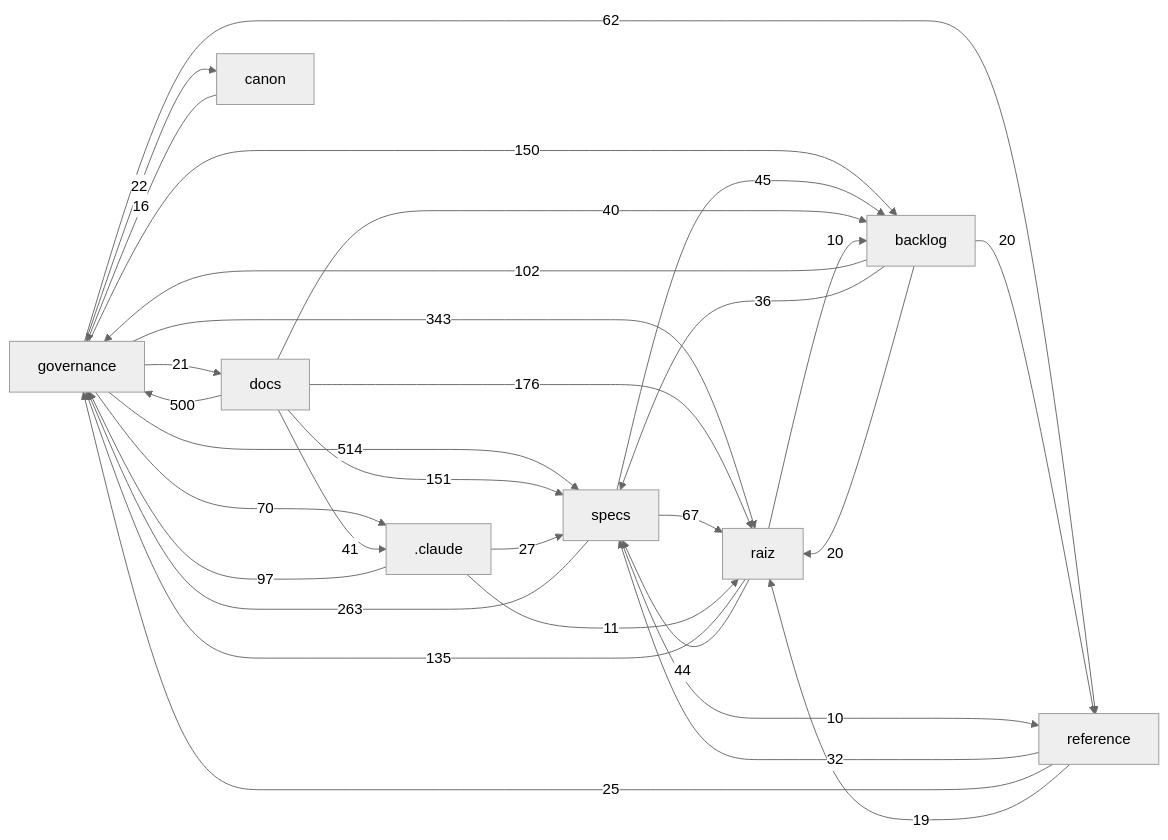
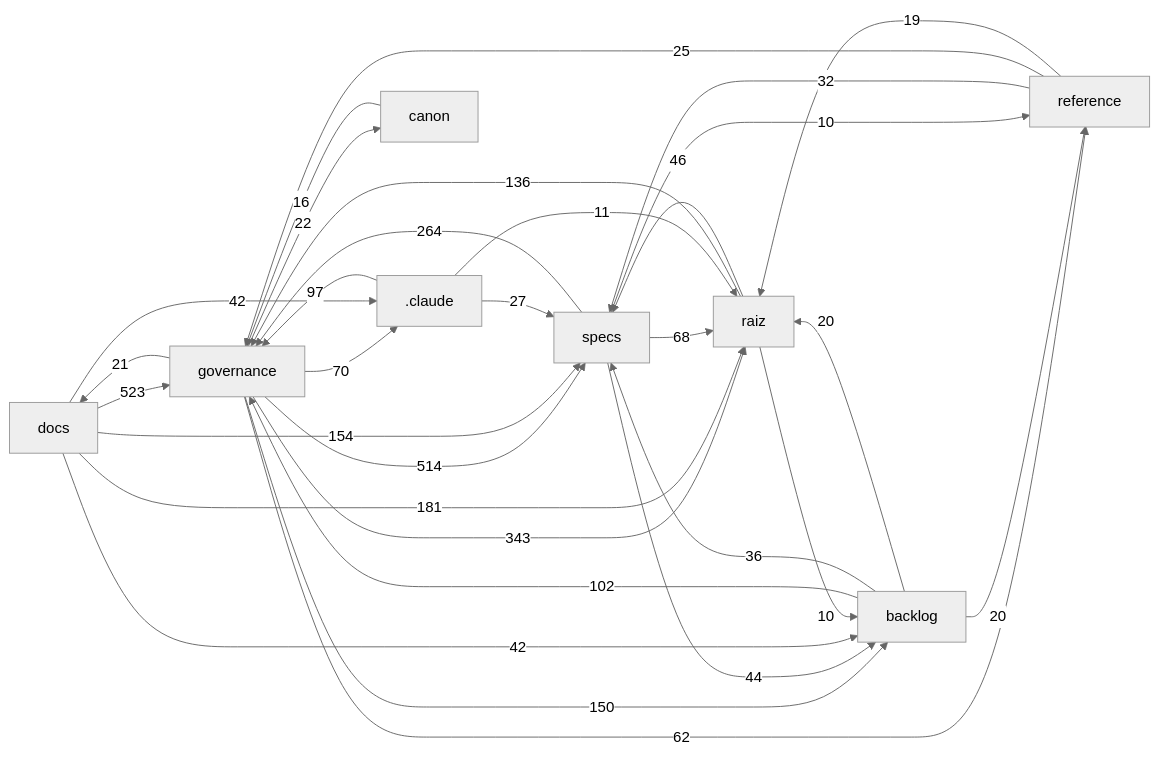
The diagram in docs/mapa/MAPA-PROJETO.md (Andraus35/Sistema-Operacional-de-Trading--SOT), drawn with Mermaid (neutral theme) before and after one commit. The commit also changed other lines of this file and 5 other files, not shown here.

````diff
--- a/docs/mapa/MAPA-PROJETO.md
+++ b/docs/mapa/MAPA-PROJETO.md
@@ -29,33 +29,33 @@
 ```mermaid
 flowchart LR
+  docs["docs"] -->|523| governance["governance"]
   governance["governance"] -->|514| specs["specs"]
-  docs["docs"] -->|500| governance["governance"]
   governance["governance"] -->|343| raiz["raiz"]
-  specs["specs"] -->|263| governance["governance"]
-  docs["docs"] -->|176| raiz["raiz"]
-  docs["docs"] -->|151| specs["specs"]
+  specs["specs"] -->|264| governance["governance"]
+  docs["docs"] -->|181| raiz["raiz"]
+  docs["docs"] -->|154| specs["specs"]
   governance["governance"] -->|150| backlog["backlog"]
-  raiz["raiz"] -->|135| governance["governance"]
+  raiz["raiz"] -->|136| governance["governance"]
   backlog["backlog"] -->|102| governance["governance"]
   _claude[".claude"] -->|97| governance["governance"]
   governance["governance"] -->|70| _claude[".claude"]
-  specs["specs"] -->|67| raiz["raiz"]
+  specs["specs"] -->|68| raiz["raiz"]
   governance["governance"] -->|62| reference["reference"]
-  specs["specs"] -->|45| backlog["backlog"]
-  raiz["raiz"] -->|44| specs["specs"]
-  docs["docs"] -->|41| _claude[".claude"]
-  docs["docs"] -->|40| backlog["backlog"]
+  raiz["raiz"] -->|46| specs["specs"]
+  specs["specs"] -->|44| backlog["backlog"]
+  docs["docs"] -->|42| backlog["backlog"]
+  docs["docs"] -->|42| _claude[".claude"]
   backlog["backlog"] -->|36| specs["specs"]
   reference["reference"] -->|32| specs["specs"]
   _claude[".claude"] -->|27| specs["specs"]
   reference["reference"] -->|25| governance["governance"]
   governance["governance"] -->|22| canon["canon"]
   governance["governance"] -->|21| docs["docs"]
   backlog["backlog"] -->|20| raiz["raiz"]
   backlog["backlog"] -->|20| reference["reference"]
   reference["reference"] -->|19| raiz["raiz"]
   canon["canon"] -->|16| governance["governance"]
   _claude[".claude"] -->|11| raiz["raiz"]
   raiz["raiz"] -->|10| backlog["backlog"]
   specs["specs"] -->|10| reference["reference"]
 ```
````
